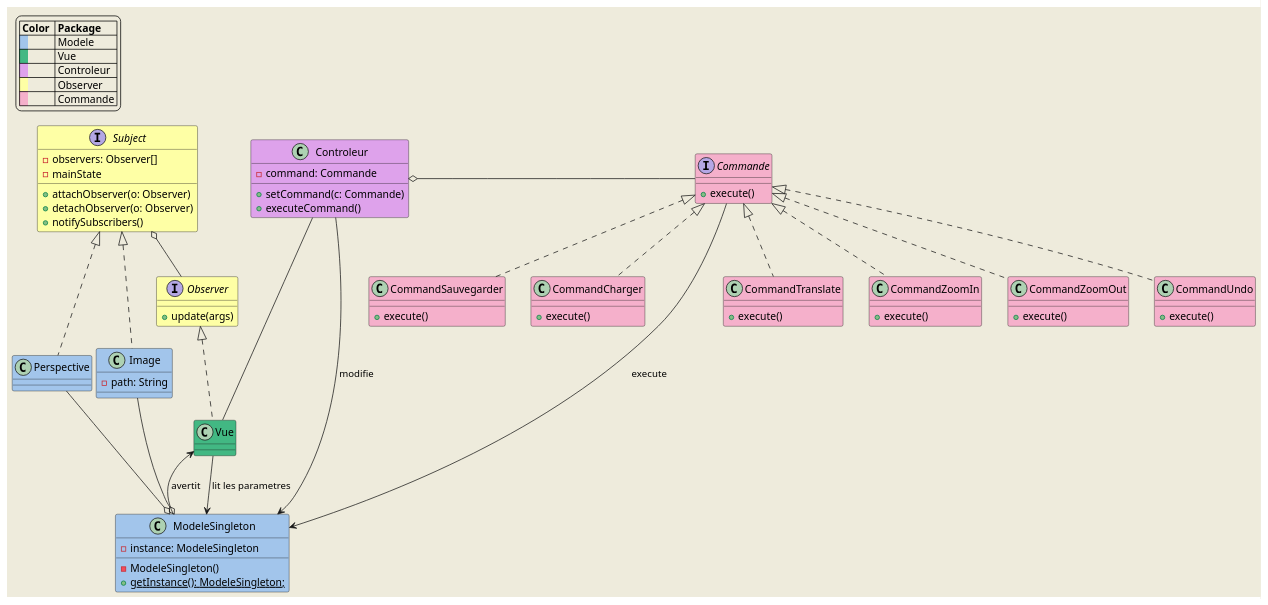
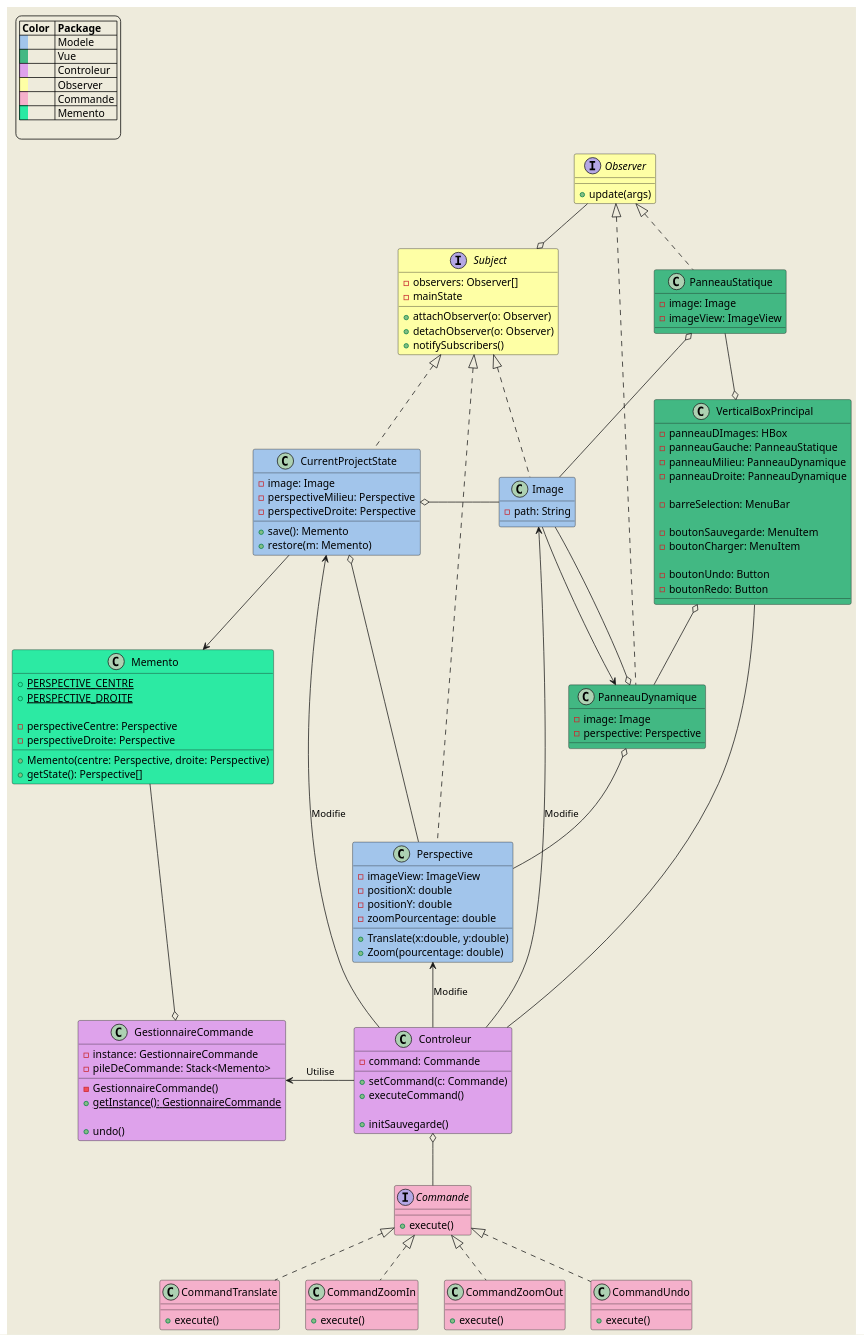
One commit to VelaSam/PerspectivePro changed the diagram in src/diagrammes/diagramme_de_classe_global.puml. Above: the diagram before and after it, drawn with PlantUML. The commit also changed 2 other files, not shown here.

Commit message:
Termine Diagramme de classe

```diff
--- a/src/diagrammes/diagramme_de_classe_global.puml
+++ b/src/diagrammes/diagramme_de_classe_global.puml
@@ -10,6 +10,8 @@
  |<back:#dea2eb>   </back>| Controleur |
  |<back:#FEFFA5>   </back>| Observer |
  |<back:#F5B0CB>   </back>| Commande |
+ |<back:#2CEAA3>   </back>| Memento |
+
  endlegend
 
 
@@ -56,27 +58,71 @@
     class CommandUndo #F5B0CB implements Commande{
         +execute()
     }
-    
-    class CommandSauvegarder #F5B0CB implements Commande{
-        +execute()
-    }
 
-    class CommandCharger #F5B0CB implements Commande{
-        +execute()
-    }
     
     '-----------COMMAND--------------'
 
 
+    '-----------SINGLETON--------------'
 
-    class ModeleSingleton #a2c5eb {
-        -instance: ModeleSingleton
 
-        -ModeleSingleton()
-        + {static} getInstance(): ModeleSingleton;
+    class GestionnaireCommande #dea2eb{
+        -instance: GestionnaireCommande
+        -pileDeCommande: Stack<Memento>
+        
+
+        -GestionnaireCommande()
+        + {static} getInstance(): GestionnaireCommande
+        
+        +undo()
+
+    } 
+    '-----------SINGLETON--------------'
+
+    '-----------MEMENTO--------------'
+
+    'Originator = CurrentProjectState'
+    'Caretaker = GestionnaireDeCommande'
+
+
+    class Memento #2CEAA3{
+
+        {static}+PERSPECTIVE_CENTRE
+        {static}+PERSPECTIVE_DROITE
+
+        -perspectiveCentre: Perspective
+        -perspectiveDroite: Perspective
+
+        +Memento(centre: Perspective, droite: Perspective)
+        +getState(): Perspective[]
     }
 
+    
+    '-----------MEMENTO--------------'
+
+
+
+    class CurrentProjectState #a2c5eb implements Subject {
+
+        -image: Image
+        -perspectiveMilieu: Perspective
+        -perspectiveDroite: Perspective
+        
+        +save(): Memento
+        +restore(m: Memento)
+    }
+
+
     class Perspective #a2c5eb implements Subject{
+        
+        -imageView: ImageView
+        -positionX: double
+        -positionY: double
+        -zoomPourcentage: double
+
+
+        +Translate(x:double, y:double)
+        +Zoom(pourcentage: double)
 
     }
 
@@ -91,28 +137,77 @@
         +setCommand(c: Commande)
         +executeCommand()
 
+        +initSauvegarde()
+    }
+
+
+    class VerticalBoxPrincipal #42b883 {
+
+        -panneauDImages: HBox
+        -panneauGauche: PanneauStatique
+        -panneauMilieu: PanneauDynamique
+        -panneauDroite: PanneauDynamique
+
+        -barreSelection: MenuBar
+
+        -boutonSauvegarde: MenuItem
+        -boutonCharger: MenuItem
+
+        -boutonUndo: Button
+        -boutonRedo: Button
 
     }
 
-    class Vue #42b883 implements Observer {}
+
+    class PanneauStatique #42b883 implements Observer{
+
+        -image: Image
+        -imageView: ImageView
+    }
+
+    class PanneauDynamique #42b883 implements Observer{
+
+        -image: Image
+        -perspective: Perspective
 
 
 
 
-    Subject o-- Observer
+    }
 
-    ModeleSingleton o-u- Perspective
-    ModeleSingleton o-u- Image
+   
 
-    ModeleSingleton <-- Controleur: modifie
-    Vue -up- Controleur
+   Observer -o Subject
+   Controleur -l-> GestionnaireCommande : Utilise
+   CurrentProjectState <-- Controleur : Modifie
+   Perspective <-- Controleur : Modifie
+   Image <- Controleur : Modifie
+   Controleur o-- Commande
 
-    Vue <-- ModeleSingleton: avertit
-    Vue --> ModeleSingleton: lit les parametres
+   VerticalBoxPrincipal o-- PanneauDynamique
+   VerticalBoxPrincipal o-up- PanneauStatique
+
+   CurrentProjectState o- Perspective
+   CurrentProjectState o- Image
+
+   VerticalBoxPrincipal -- Controleur
+
+   Memento ---o GestionnaireCommande
+   CurrentProjectState --> Memento
+
+   
+   PanneauDynamique o-- Image
+   Image --> PanneauDynamique
+   
+   PanneauDynamique o-- Perspective
+
+   PanneauStatique o- Image
+   
 
 
-    Commande -l-o Controleur 
 
-    Commande ----> ModeleSingleton : execute
+
+
+
 
 @enduml
```
